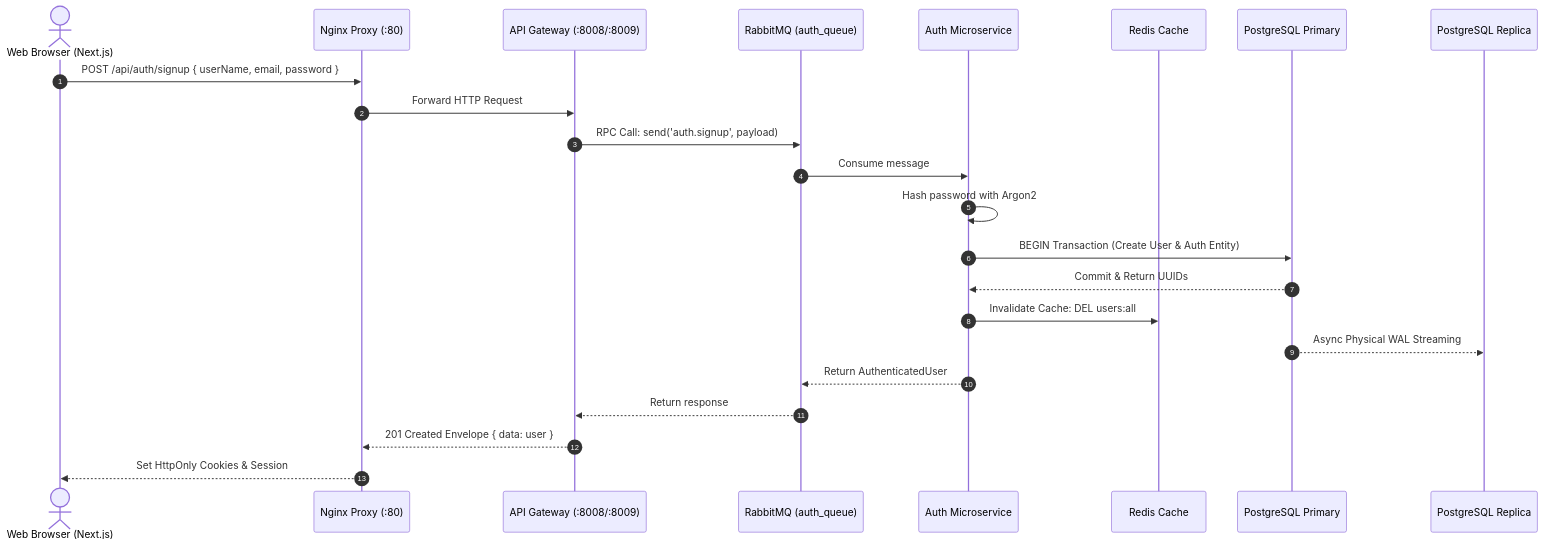
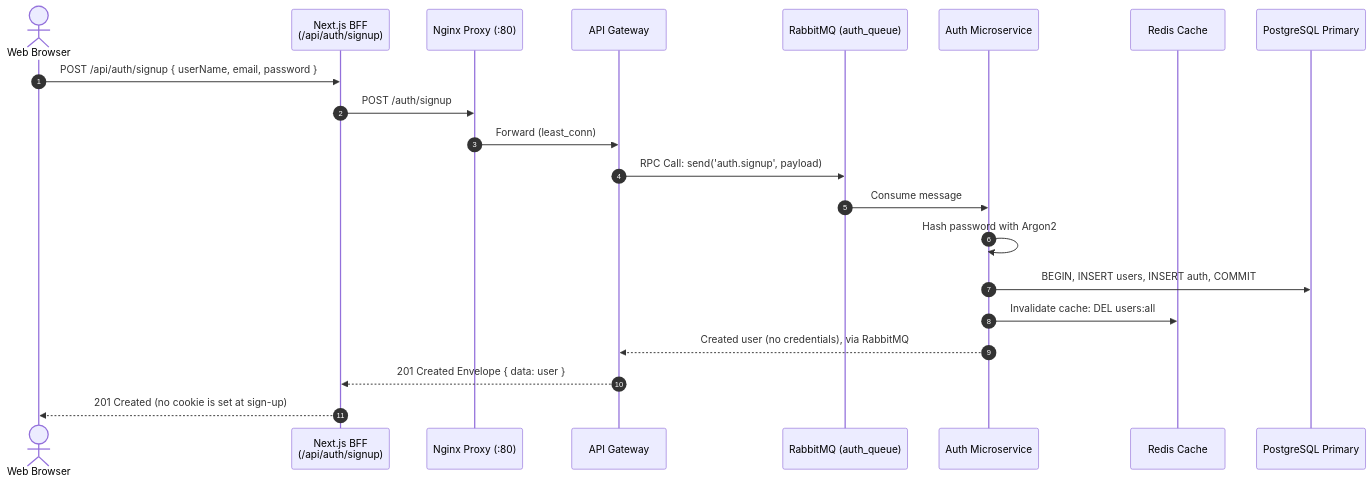
The fifth of 13 diagrams in distributed_system_report.md (vunhat0501/messenger-clone-microservice), drawn with Mermaid before and after one commit. The commit also changed other lines of this file and 31 other files, not shown here.

Commit message:
docs: redraw architecture and workflow diagrams, fix ERD types and failover notes

````diff
--- a/distributed_system_report.md
+++ b/distributed_system_report.md
@@ -107,26 +210,24 @@
 ```mermaid
 sequenceDiagram
     autonumber
-    actor Client as Web Browser (Next.js)
+    actor Client as Web Browser
+    participant BFF as Next.js BFF<br/>(/api/auth/signup)
     participant Nginx as Nginx Proxy (:80)
-    participant GW as API Gateway (:8008/:8009)
+    participant GW as API Gateway
     participant Rabbit as RabbitMQ (auth_queue)
     participant Auth as Auth Microservice
     participant Redis as Redis Cache
-    participant PG_Pri as PostgreSQL Primary
-    participant PG_Rep as PostgreSQL Replica
+    participant PG as PostgreSQL Primary
 
-    Client->>Nginx: POST /api/auth/signup { userName, email, password }
-    Nginx->>GW: Forward HTTP Request
+    Client->>BFF: POST /api/auth/signup { userName, email, password }
+    BFF->>Nginx: POST /auth/signup
+    Nginx->>GW: Forward (least_conn)
     GW->>Rabbit: RPC Call: send('auth.signup', payload)
     Rabbit->>Auth: Consume message
     Auth->>Auth: Hash password with Argon2
-    Auth->>PG_Pri: BEGIN Transaction (Create User & Auth Entity)
-    PG_Pri-->>Auth: Commit & Return UUIDs
-    Auth->>Redis: Invalidate Cache: DEL users:all
-    PG_Pri-->>PG_Rep: Async Physical WAL Streaming
-    Auth-->>Rabbit: Return AuthenticatedUser
-    Rabbit-->>GW: Return response
-    GW-->>Nginx: 201 Created Envelope { data: user }
-    Nginx-->>Client: Set HttpOnly Cookies & Session
+    Auth->>PG: BEGIN, INSERT users, INSERT auth, COMMIT
+    Auth->>Redis: Invalidate cache: DEL users:all
+    Auth-->>GW: Created user (no credentials), via RabbitMQ
+    GW-->>BFF: 201 Created Envelope { data: user }
+    BFF-->>Client: 201 Created (no cookie is set at sign-up)
 ```
````
